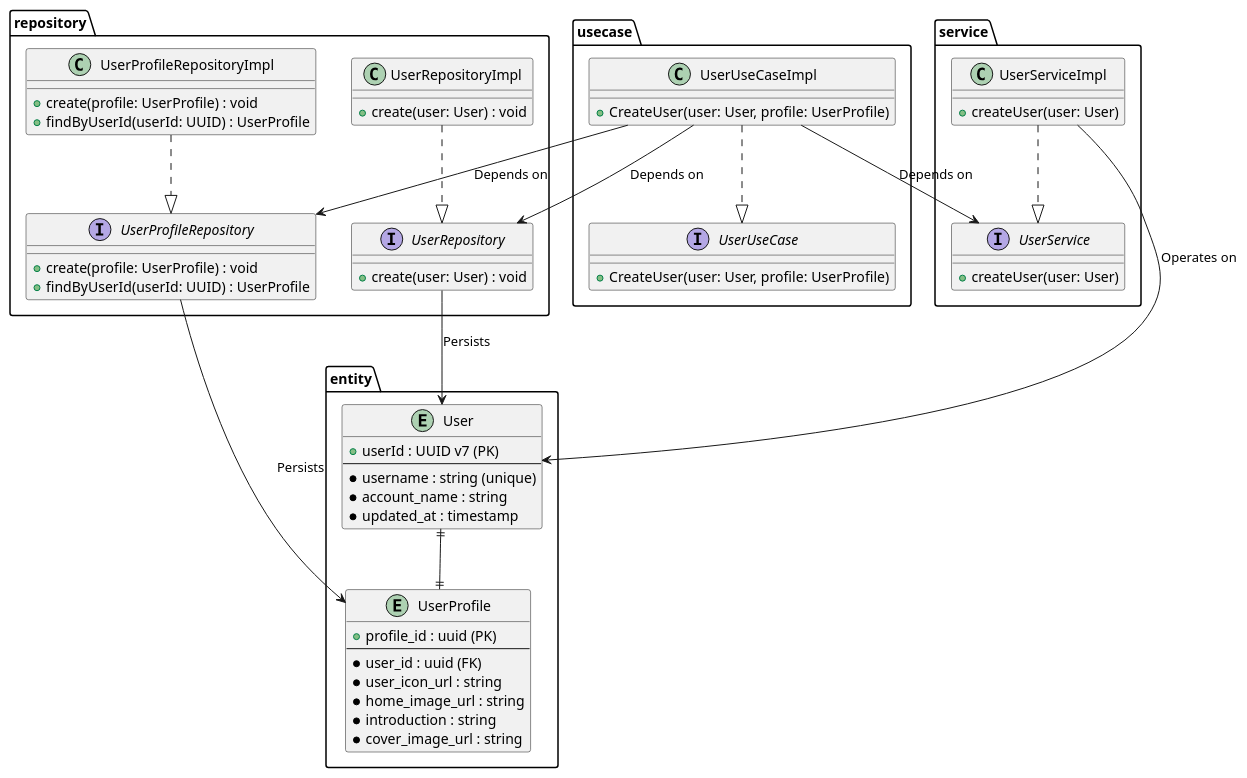
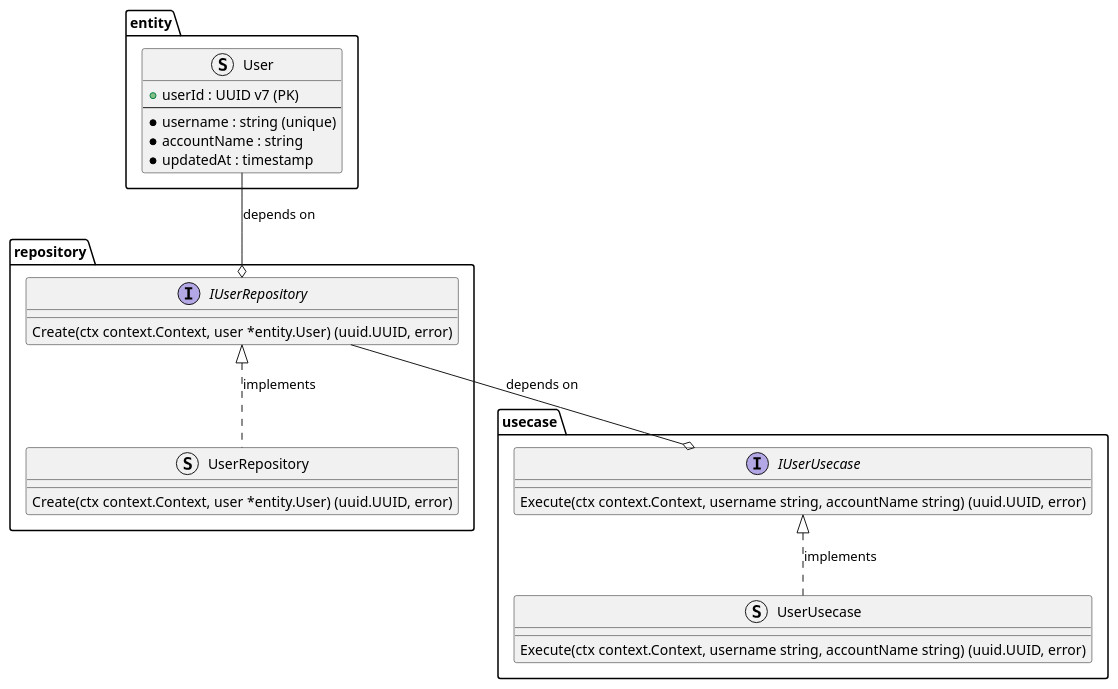
Before and after one commit to POPOTINESU/GrowthSphere: the diagram in go/services/users/docs/classDiagram.pu, drawn with PlantUML.

Commit message:
docks: Change class diagram

```diff
--- a/go/services/users/docs/classDiagram.pu
+++ b/go/services/users/docs/classDiagram.pu
@@ -1,77 +1,34 @@
 @startuml
 package entity {
-    entity User {
+    struct User {
         + userId : UUID v7 (PK)
         --
         * username : string (unique)
-        * account_name : string
-        * updated_at : timestamp
-    }
-
-    entity UserProfile {
-        + profile_id : uuid (PK)
-        --
-        * user_id : uuid (FK)
-        * user_icon_url : string
-        * home_image_url : string
-        * introduction : string
-        * cover_image_url : string
-    }
-
-    User ||--|| UserProfile
-}
-
-package usecase {
-    interface UserUseCase {
-        + CreateUser(user: User, profile: UserProfile)
-    }
-
-    class UserUseCaseImpl {
-        + CreateUser(user: User, profile: UserProfile)
-    }
-}
-
-package service {
-    interface UserService {
-        + createUser(user: User)
-    }
-
-    class UserServiceImpl {
-        + createUser(user: User)
+        * accountName : string
+        * updatedAt : timestamp
     }
 }
 
 package repository {
-    interface UserRepository {
-        + create(user: User) : void
+    interface IUserRepository {
+        Create(ctx context.Context, user *entity.User) (uuid.UUID, error)
     }
-
-    interface UserProfileRepository {
-        + create(profile: UserProfile) : void
-        + findByUserId(userId: UUID) : UserProfile
-    }
-
-    class UserRepositoryImpl {
-        + create(user: User) : void
-    }
-
-    class UserProfileRepositoryImpl {
-        + create(profile: UserProfile) : void
-        + findByUserId(userId: UUID) : UserProfile
+    struct UserRepository {
+        Create(ctx context.Context, user *entity.User) (uuid.UUID, error)
     }
 }
 
-UserUseCaseImpl ..|> UserUseCase
-UserUseCaseImpl --> UserService : Depends on
-UserUseCaseImpl --> UserRepository : Depends on
-UserUseCaseImpl --> UserProfileRepository : Depends on
+package usecase {
+    interface IUserUsecase {
+        Execute(ctx context.Context, username string, accountName string) (uuid.UUID, error)
+    }
+    struct UserUsecase {
+        Execute(ctx context.Context, username string, accountName string) (uuid.UUID, error)
+    }
+}
 
-UserServiceImpl ..|> UserService
-UserServiceImpl --> User : Operates on
-
-UserRepositoryImpl ..|> UserRepository
-UserProfileRepositoryImpl ..|> UserProfileRepository
-
-UserRepository --> User : Persists
-UserProfileRepository --> UserProfile : Persists
+entity.User --o repository.IUserRepository : depends on
+repository.IUserRepository <|.. repository.UserRepository : implements
+repository.IUserRepository --o usecase.IUserUsecase : depends on
+usecase.IUserUsecase <|.. usecase.UserUsecase : implements
 @enduml
```
